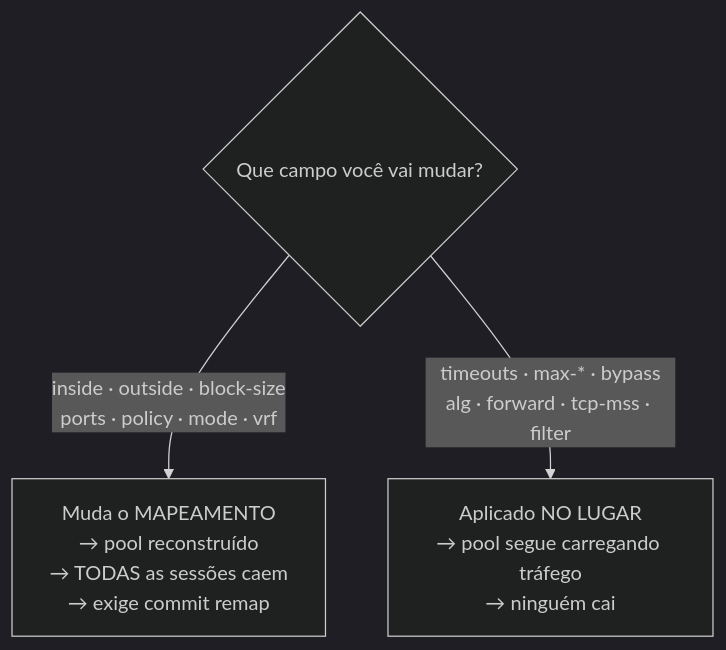
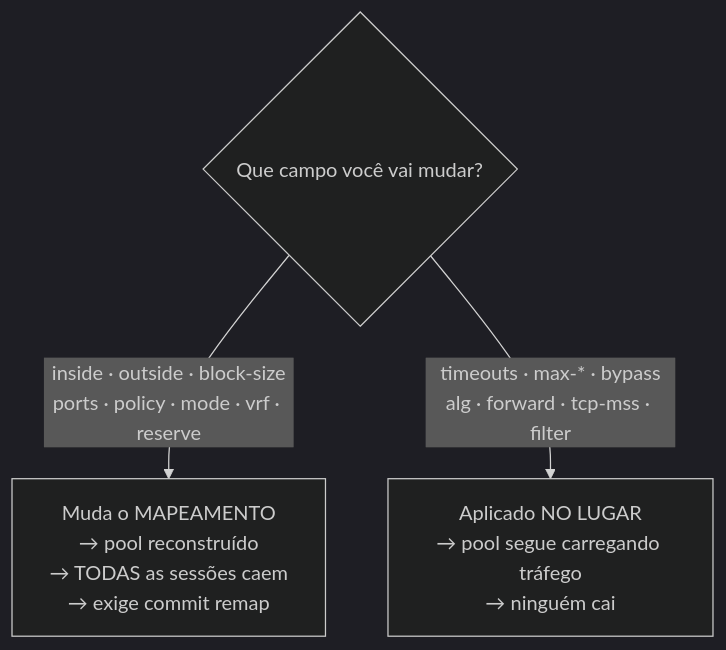
Before and after one commit to andrediashexa/prismarouting: the diagram in wiki/referencia/vty-hexash-guia-de-uso/configuracao-de-pool.md, drawn with Mermaid (dark theme). The commit also changed other lines of this file and 30 other files, not shown here.

````diff
--- a/wiki/referencia/vty-hexash-guia-de-uso/configuracao-de-pool.md
+++ b/wiki/referencia/vty-hexash-guia-de-uso/configuracao-de-pool.md
@@ -29,6 +29,6 @@
 ```mermaid
 flowchart TD
     C{"Que campo você vai mudar?"}
-    C -->|"inside · outside · block-size<br/>ports · policy · mode · vrf"| R["Muda o MAPEAMENTO<br/>→ pool reconstruído<br/>→ TODAS as sessões caem<br/>→ exige commit remap"]
+    C -->|"inside · outside · block-size<br/>ports · policy · mode · vrf · reserve"| R["Muda o MAPEAMENTO<br/>→ pool reconstruído<br/>→ TODAS as sessões caem<br/>→ exige commit remap"]
     C -->|"timeouts · max-* · bypass<br/>alg · forward · tcp-mss · filter"| I["Aplicado NO LUGAR<br/>→ pool segue carregando tráfego<br/>→ ninguém cai"]
 ```
````
